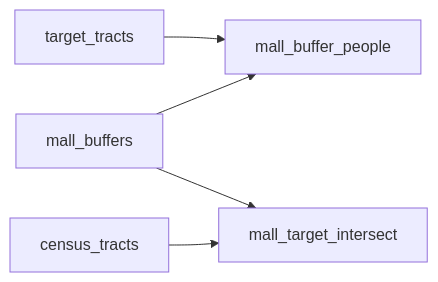
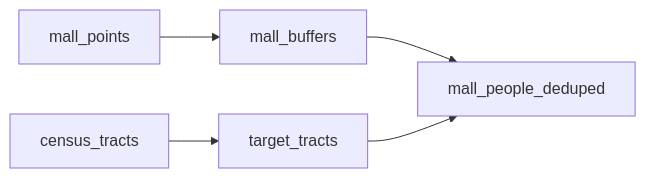
Before and after one commit to kielni/alidade: the diagram in projects/lab4/README.md, drawn with Mermaid. The commit also changed other lines of this file and 5 other files, not shown here.

````diff
--- a/projects/lab4/README.md
+++ b/projects/lab4/README.md
@@ -33,7 +40,7 @@
 ```mermaid
 flowchart LR
-    target_tracts --> mall_buffer_people
-    mall_buffers --> mall_buffer_people
-    mall_buffers --> mall_target_intersect
-    census_tracts --> mall_target_intersect
+    mall_points --> mall_buffers
+    census_tracts --> target_tracts
+    mall_buffers --> mall_people_deduped
+    target_tracts --> mall_people_deduped
 ```
````
